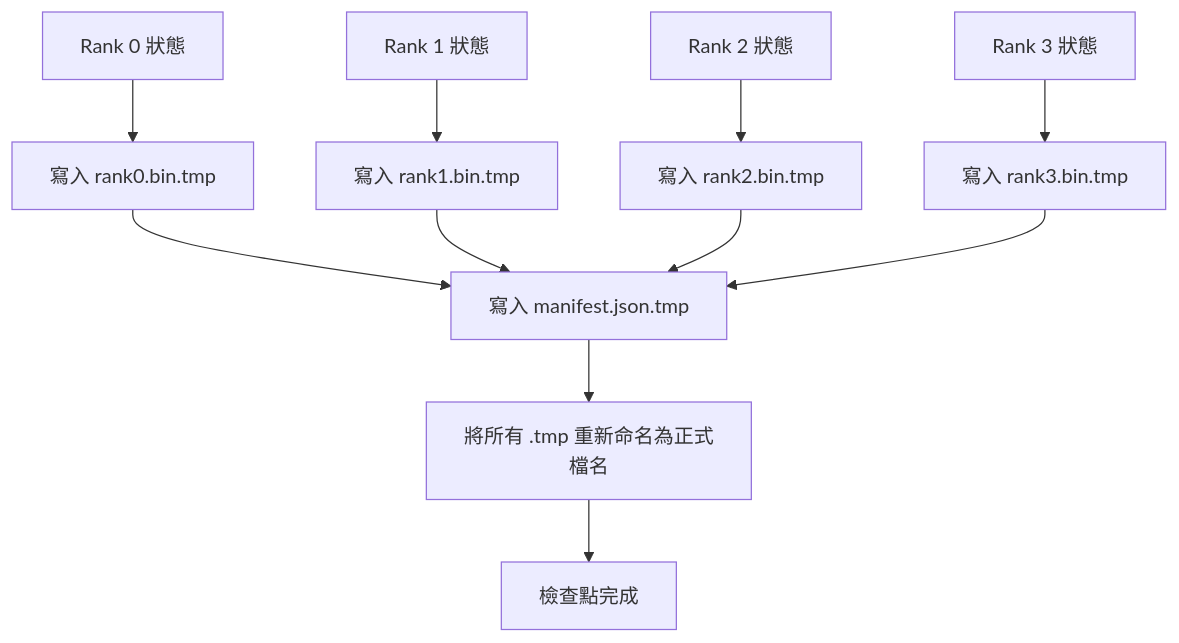
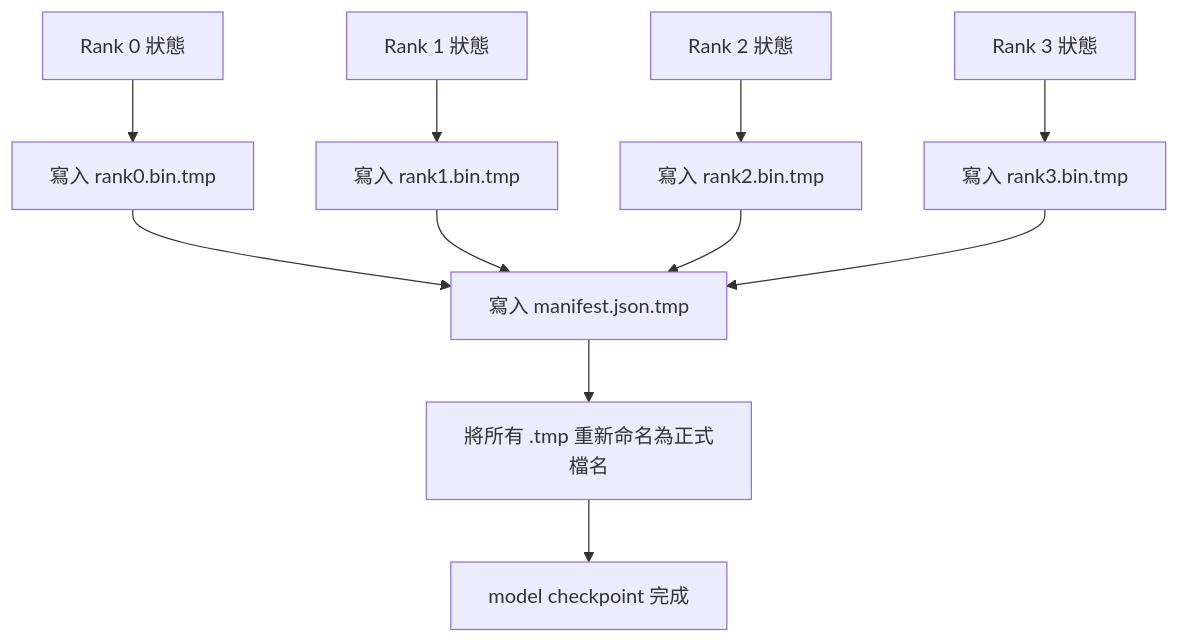
The diagram in i18n/zh-TW/phases/19-capstone-projects/80-checkpoint-sharded-resume/docs/zh-TW.md (edward821220/ai-engineering-from-scratch), drawn with Mermaid before and after one commit. The commit also changed other lines of this file and 143 other files, not shown here.

````diff
--- a/i18n/zh-TW/phases/19-capstone-projects/80-checkpoint-sharded-resume/docs/zh-TW.md
+++ b/i18n/zh-TW/phases/19-capstone-projects/80-checkpoint-sharded-resume/docs/zh-TW.md
@@ -25,10 +25,10 @@
 ```mermaid
 flowchart TD
   S0[Rank 0 狀態] --> W0[寫入 rank0.bin.tmp]
   S1[Rank 1 狀態] --> W1[寫入 rank1.bin.tmp]
   S2[Rank 2 狀態] --> W2[寫入 rank2.bin.tmp]
   S3[Rank 3 狀態] --> W3[寫入 rank3.bin.tmp]
   W0 & W1 & W2 & W3 --> M[寫入 manifest.json.tmp]
   M --> R[將所有 .tmp 重新命名為正式檔名]
-  R --> Done[檢查點完成]
+  R --> Done[model checkpoint 完成]
 ```
````
